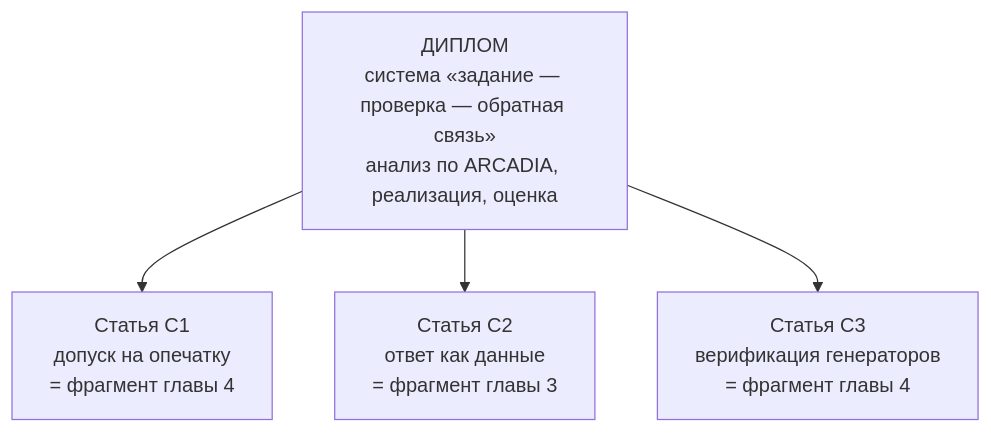
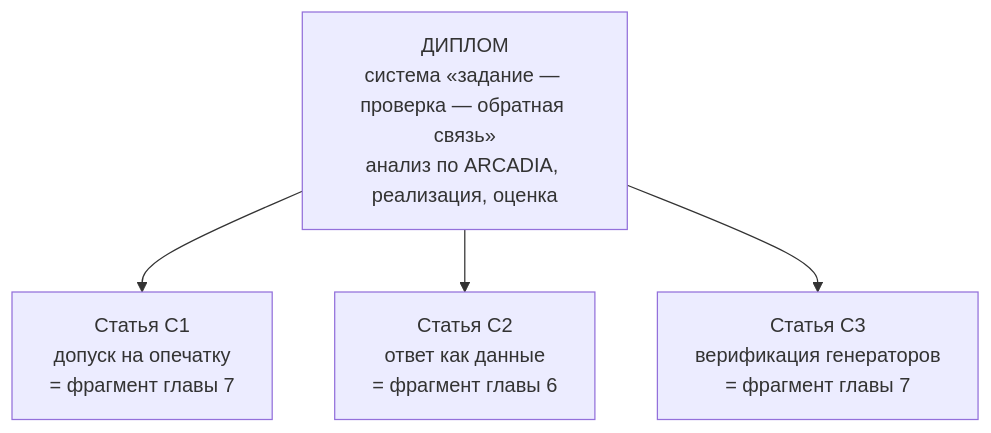
The diagram in docs/thesis/00-positioning.md (ventanolemon/GenerationWeb), drawn with Mermaid before and after one commit. The commit also changed other lines of this file and 10 other files, not shown here.

````diff
--- a/docs/thesis/00-positioning.md
+++ b/docs/thesis/00-positioning.md
@@ -85,10 +88,10 @@
 ```mermaid
 flowchart TB
     D["ДИПЛОМ<br/>система «задание — проверка — обратная связь»<br/>анализ по ARCADIA, реализация, оценка"]
-    S1["Статья С1<br/>допуск на опечатку<br/>= фрагмент главы 4"]
-    S2["Статья С2<br/>ответ как данные<br/>= фрагмент главы 3"]
-    S3["Статья С3<br/>верификация генераторов<br/>= фрагмент главы 4"]
+    S1["Статья С1<br/>допуск на опечатку<br/>= фрагмент главы 7"]
+    S2["Статья С2<br/>ответ как данные<br/>= фрагмент главы 6"]
+    S3["Статья С3<br/>верификация генераторов<br/>= фрагмент главы 7"]
     D --> S1
     D --> S2
     D --> S3
 ```
````
